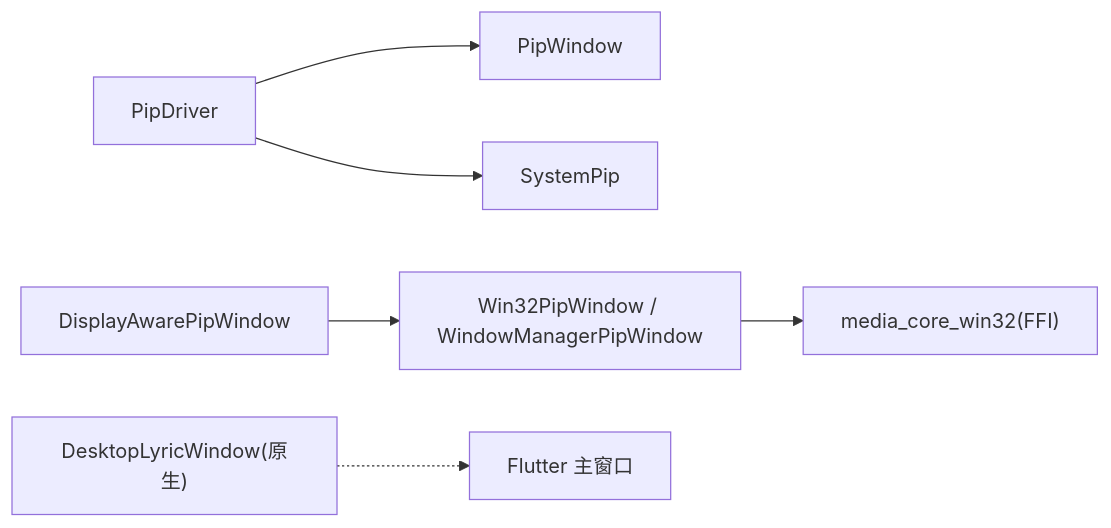
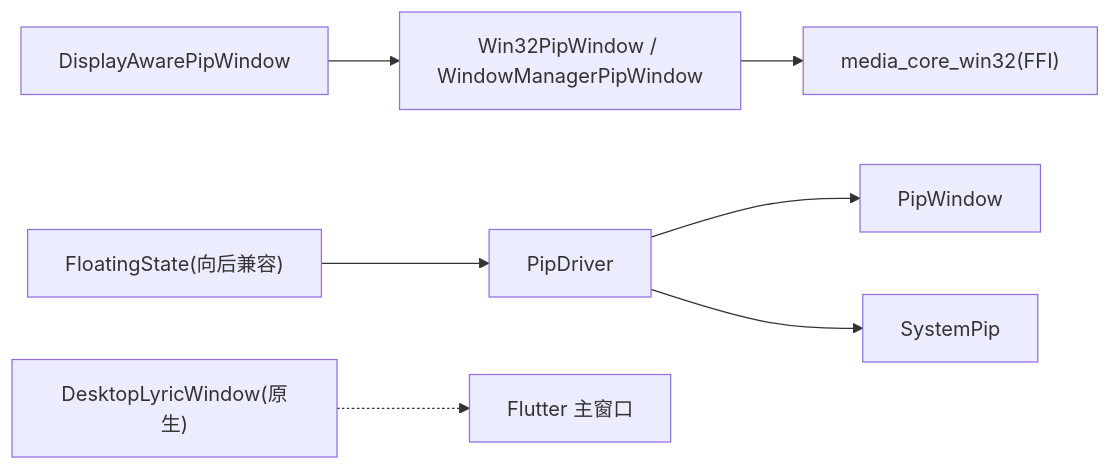
Before and after one commit to SSSherlocked/media_core: the seventh of 7 diagrams in .qoder/repowiki/zh/content/系统集成/桌面特性支持/桌面特性支持.md, drawn with Mermaid. The commit also changed other lines of this file and 6 other files, not shown here.

````diff
--- a/.qoder/repowiki/zh/content/系统集成/桌面特性支持/桌面特性支持.md
+++ b/.qoder/repowiki/zh/content/系统集成/桌面特性支持/桌面特性支持.md
@@ -358,8 +387,9 @@
 ```mermaid
 graph LR
 Driver["PipDriver"] --> Window["PipWindow"]
 Driver --> SysPip["SystemPip"]
 Policy["DisplayAwarePipWindow"] --> Backend["Win32PipWindow / WindowManagerPipWindow"]
 Backend --> FFI["media_core_win32(FFI)"]
+Floating["FloatingState(向后兼容)"] --> Driver
 Lyrics["DesktopLyricWindow(原生)"] -.-> App["Flutter 主窗口"]
 ```
````
